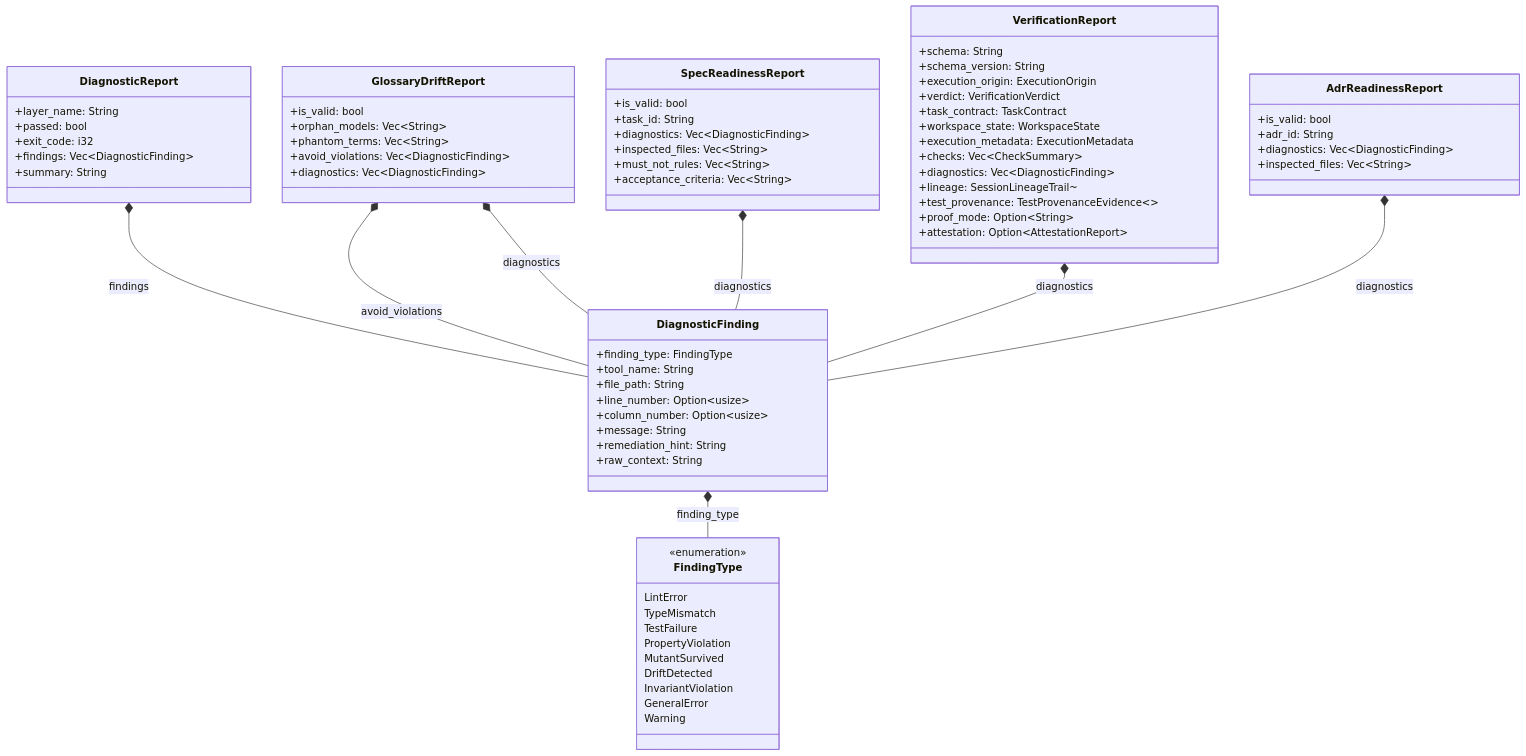
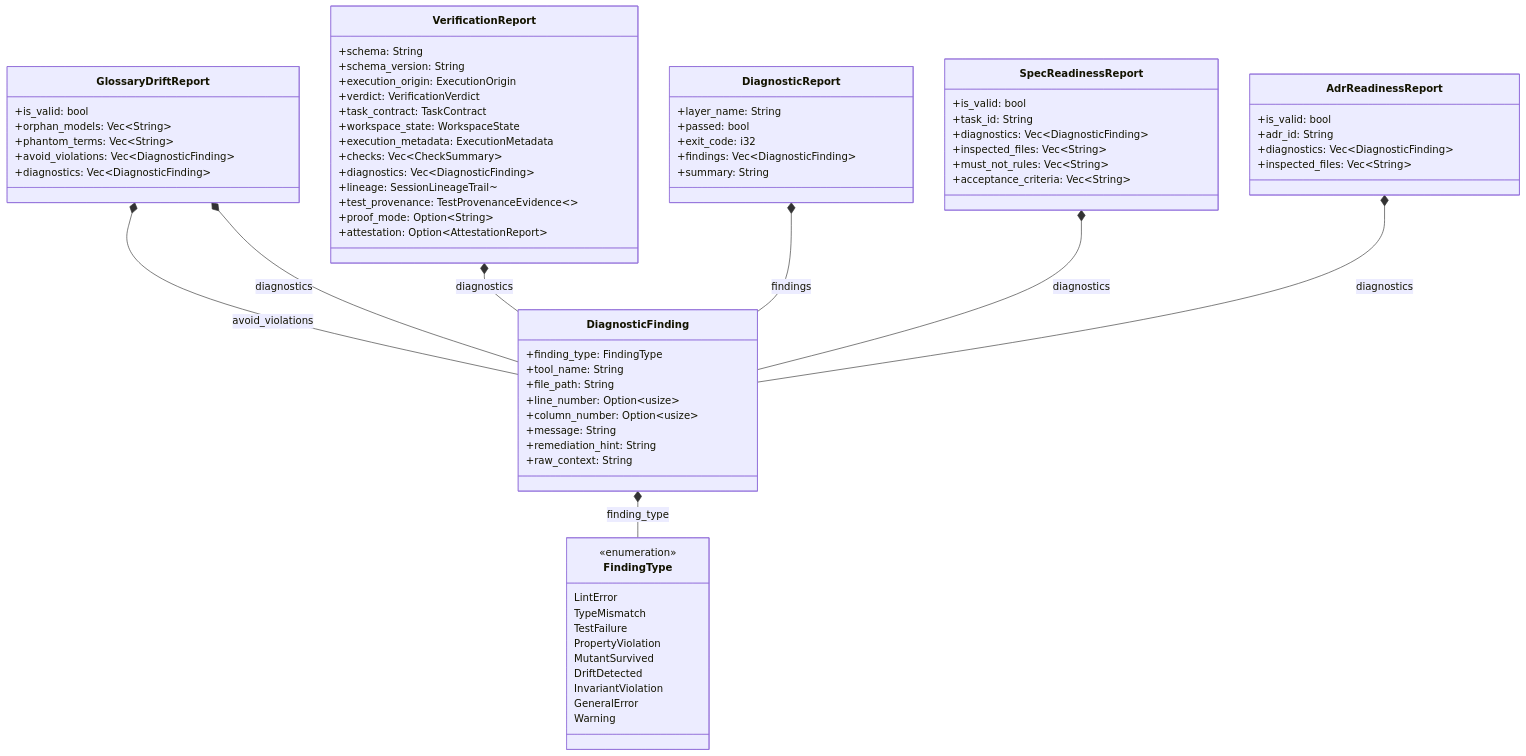
The diagram in docs/architecture/diagnostics.md (rolfmadsen/xgauntlet), drawn with Mermaid before and after one commit. The commit also changed other lines of this file and 12 other files, not shown here.

````diff
--- a/docs/architecture/diagnostics.md
+++ b/docs/architecture/diagnostics.md
@@ -84,11 +84,11 @@
         +attestation: Option~AttestationReport~
     }
 
-    DiagnosticReport *-- DiagnosticFinding : findings
     GlossaryDriftReport *-- DiagnosticFinding : avoid_violations
     GlossaryDriftReport *-- DiagnosticFinding : diagnostics
+    VerificationReport *-- DiagnosticFinding : diagnostics
     DiagnosticFinding *-- FindingType : finding_type
+    DiagnosticReport *-- DiagnosticFinding : findings
     SpecReadinessReport *-- DiagnosticFinding : diagnostics
-    VerificationReport *-- DiagnosticFinding : diagnostics
     AdrReadinessReport *-- DiagnosticFinding : diagnostics
 ```
````
